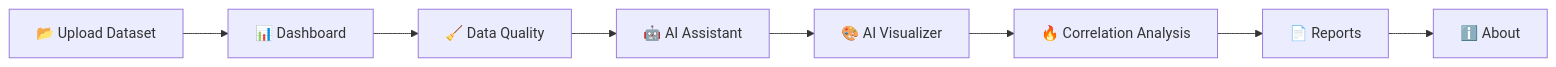
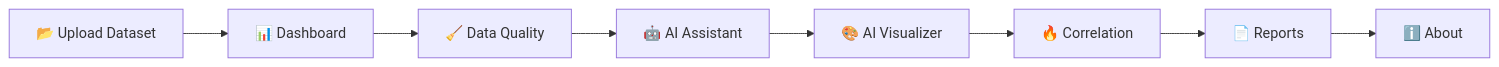
The diagram in README.md (harshitashrotriy-crypto/InsightAI), drawn with Mermaid before and after one commit. The commit also changed other lines of this file, not shown here.

````diff
--- a/README.md
+++ b/README.md
@@ -272,19 +286,20 @@
 ```mermaid
 flowchart LR
 
 A[📂 Upload Dataset]
 
 A --> B[📊 Dashboard]
 
 B --> C[🧹 Data Quality]
 
 C --> D[🤖 AI Assistant]
 
 D --> E[🎨 AI Visualizer]
 
-E --> F[🔥 Correlation Analysis]
+E --> F[🔥 Correlation]
 
 F --> G[📄 Reports]
 
 G --> H[ℹ️ About]
+
 ```
````
